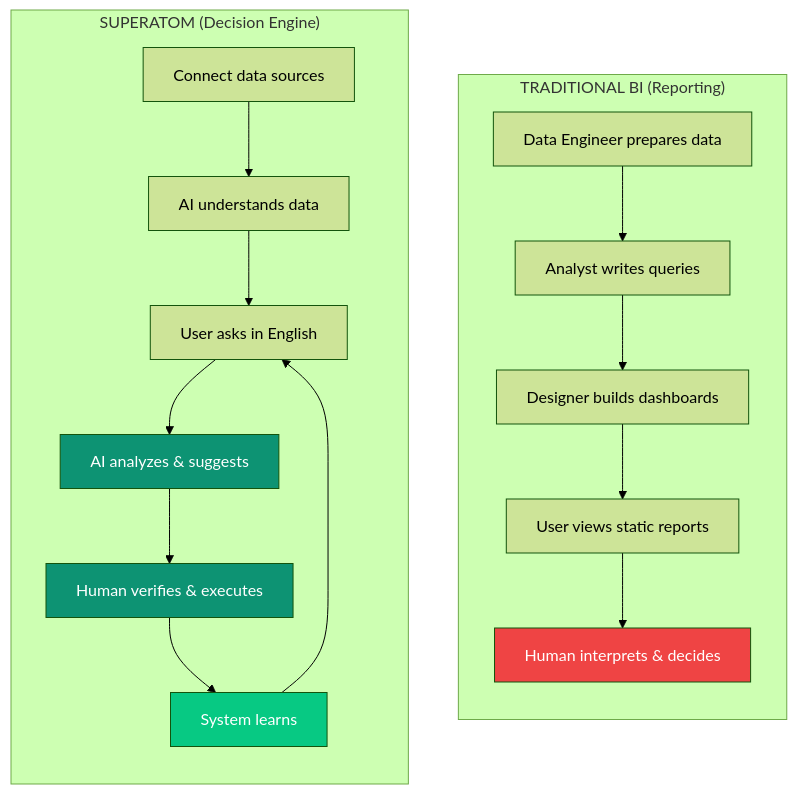
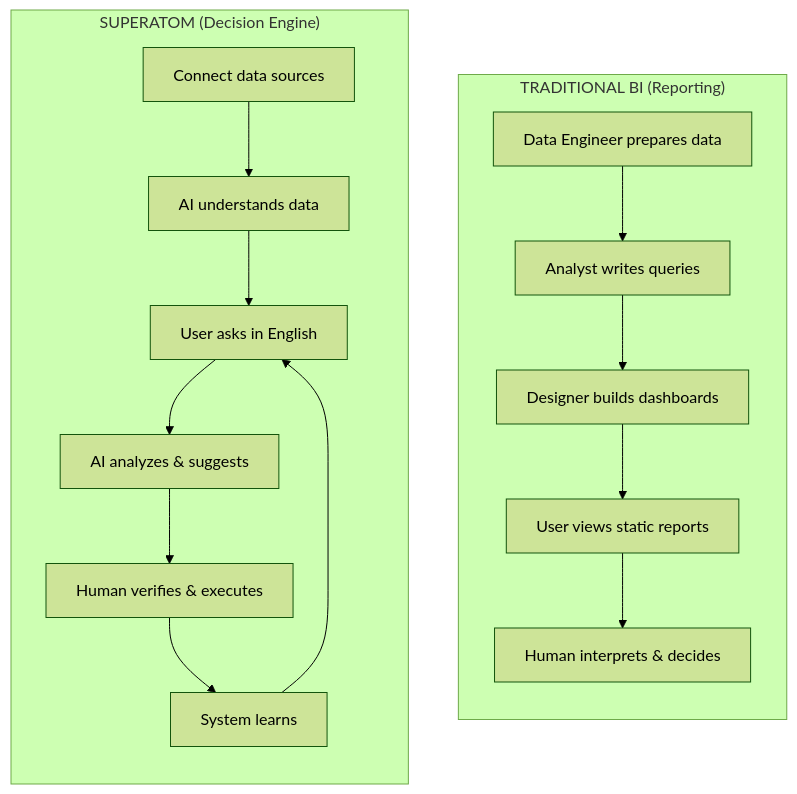
The first of 5 diagrams in introduction/comparison.mdx (ashishsuperatom/tech-docs), drawn with Mermaid (forest theme) before and after one commit. The commit also changed other lines of this file and 37 other files, not shown here.

First line of the commit message:
Clean up docs: remove em-dashes, fix mermaid diagrams, remove emojis

````diff
--- a/introduction/comparison.mdx
+++ b/introduction/comparison.mdx
@@ -29,31 +29,27 @@
 ```mermaid
 flowchart TB
     subgraph TRADITIONAL["TRADITIONAL BI (Reporting)"]
         direction TB
         T1["Data Engineer prepares data"]
         T2["Analyst writes queries"]
         T3["Designer builds dashboards"]
         T4["User views static reports"]
         T5["Human interprets & decides"]
 
         T1 --> T2 --> T3 --> T4 --> T5
     end
 
     subgraph SUPERATOM["SUPERATOM (Decision Engine)"]
         direction TB
         S1["Connect data sources"]
         S2["AI understands data"]
         S3["User asks in English"]
         S4["AI analyzes & suggests"]
         S5["Human verifies & executes"]
         S6["System learns"]
 
         S1 --> S2 --> S3 --> S4 --> S5 --> S6
         S6 --> S3
     end
 
-    style T5 fill:#ef4444,color:#fff
-    style S4 fill:#0D9373,color:#fff
-    style S5 fill:#0D9373,color:#fff
-    style S6 fill:#07C983,color:#fff
 ```
````
